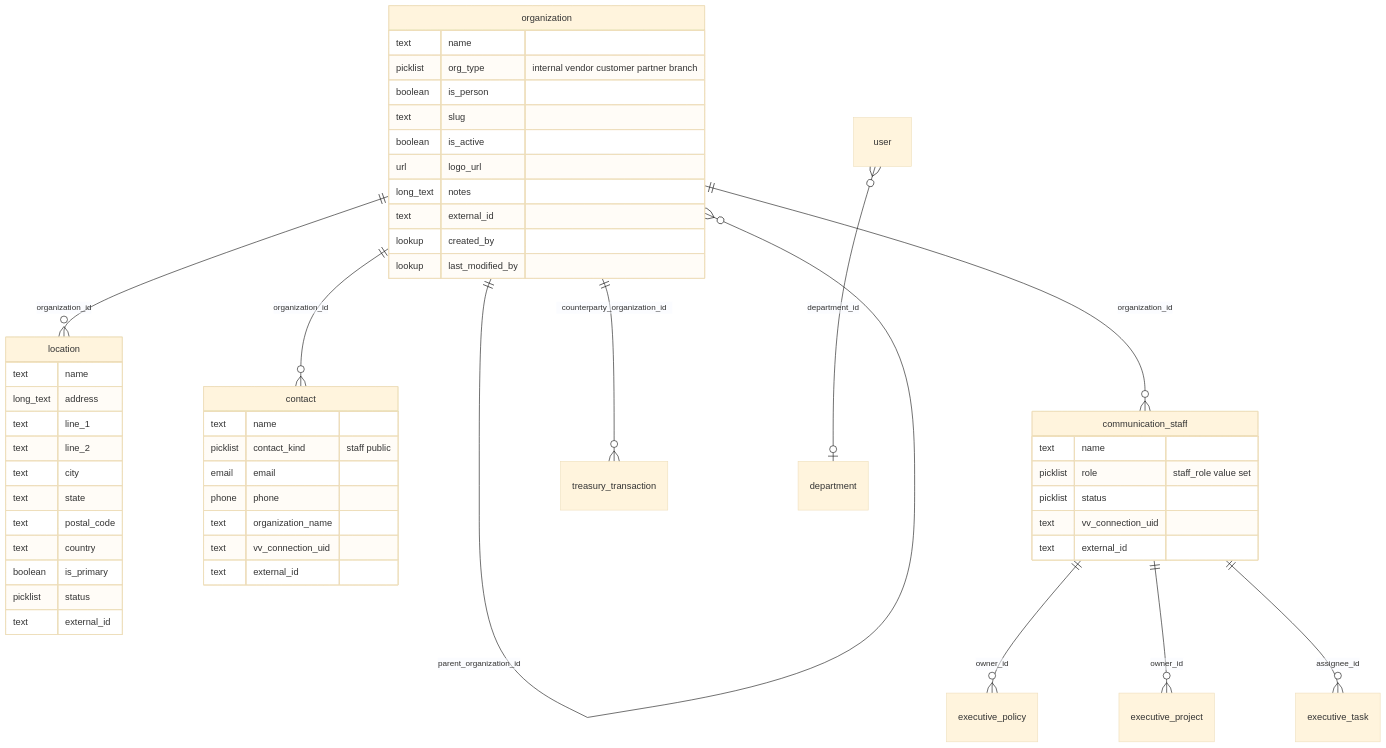
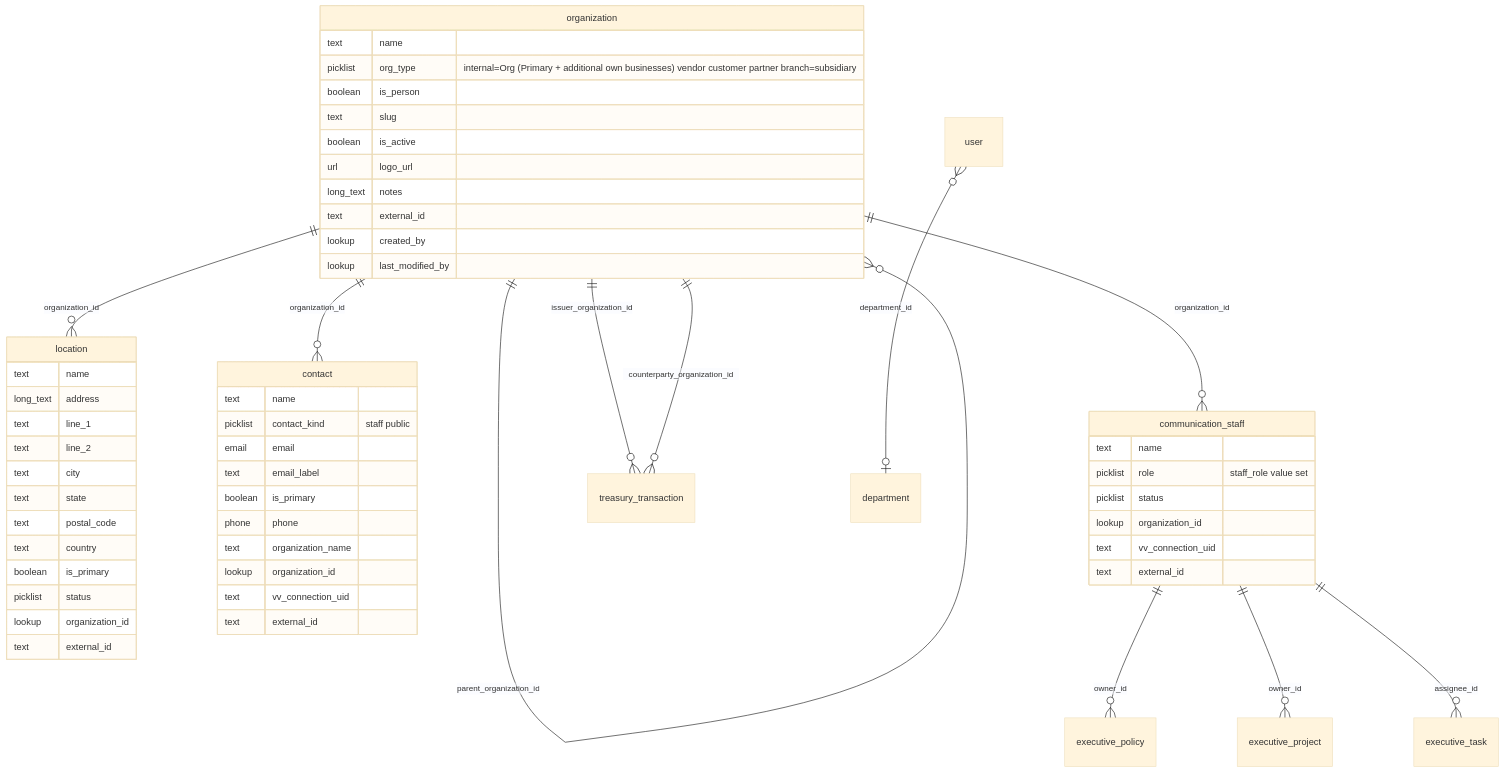
The second of 7 diagrams in docs/coa/RECORD_TYPE_FIELD_INVENTORY.erd.md (swartzlib7/versa-business-admin), drawn with Mermaid (base theme) before and after one commit. The commit also changed other lines of this file and 46 other files, not shown here.

````diff
--- a/docs/coa/RECORD_TYPE_FIELD_INVENTORY.erd.md
+++ b/docs/coa/RECORD_TYPE_FIELD_INVENTORY.erd.md
@@ -71,57 +73,63 @@
 ```mermaid
 erDiagram
     organization ||--o{ organization : "parent_organization_id"
     organization ||--o{ location : "organization_id"
     organization ||--o{ contact : "organization_id"
     organization ||--o{ communication_staff : "organization_id"
+    organization ||--o{ treasury_transaction : "issuer_organization_id"
     organization ||--o{ treasury_transaction : "counterparty_organization_id"
     user }o--o| department : "department_id"
     communication_staff ||--o{ executive_policy : "owner_id"
     communication_staff ||--o{ executive_project : "owner_id"
     communication_staff ||--o{ executive_task : "assignee_id"
 
     organization {
         text name
-        picklist org_type "internal vendor customer partner branch"
+        picklist org_type "internal=Org (Primary + additional own businesses) vendor customer partner branch=subsidiary"
         boolean is_person
         text slug
         boolean is_active
         url logo_url
         long_text notes
         text external_id
         lookup created_by
         lookup last_modified_by
     }
 
     location {
         text name
         long_text address
         text line_1
         text line_2
         text city
         text state
         text postal_code
         text country
         boolean is_primary
         picklist status
+        lookup organization_id
         text external_id
     }
 
     contact {
         text name
         picklist contact_kind "staff public"
         email email
+        text email_label
+        boolean is_primary
         phone phone
         text organization_name
+        lookup organization_id
         text vv_connection_uid
         text external_id
     }
 
     communication_staff {
         text name
         picklist role "staff_role value set"
         picklist status
+        lookup organization_id
         text vv_connection_uid
         text external_id
     }
 ```
````
